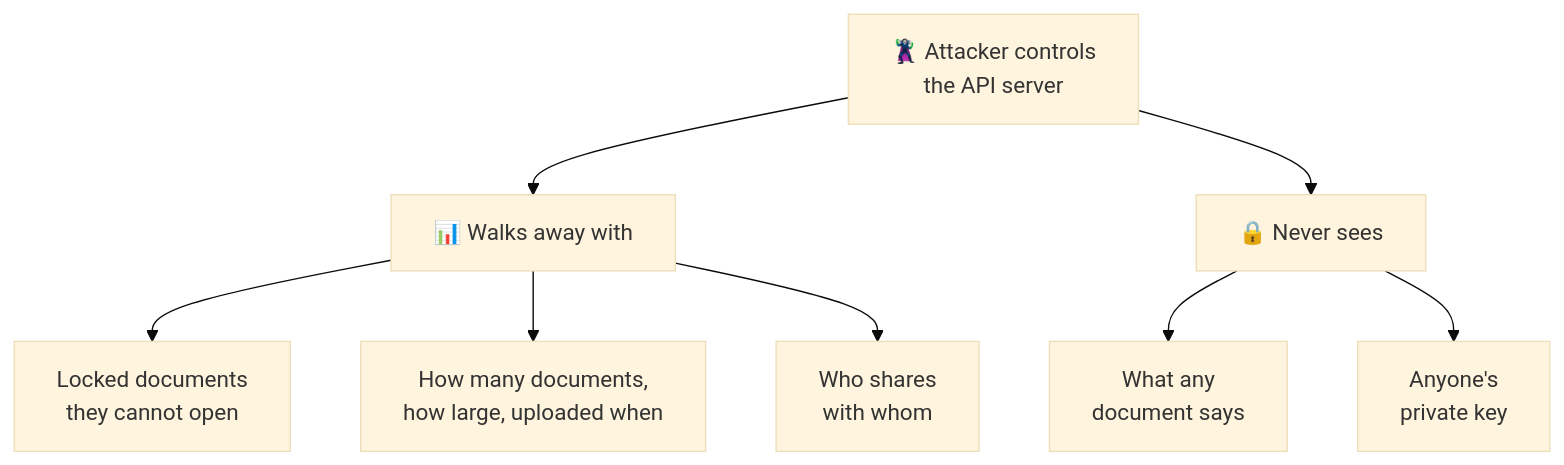
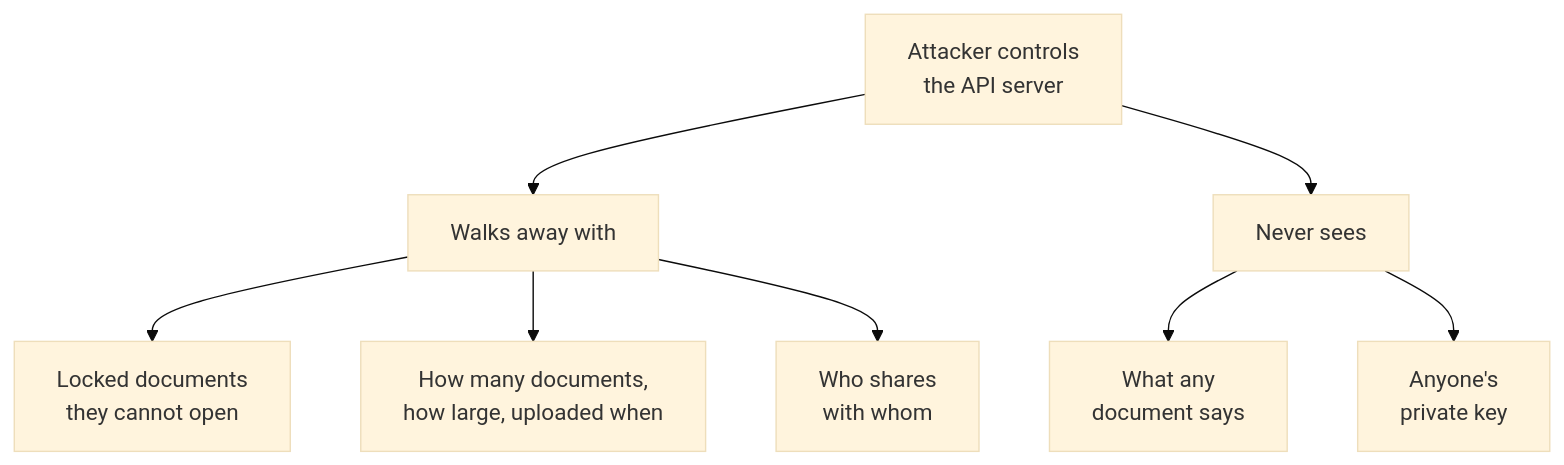
Before and after one commit to kigster/kigre-astro: diagram 11 of 16 in src/content/blog/2026-11-12--sharing-encrypted-documents-without-trusting-your-server.md, drawn with Mermaid (base theme). The commit also changed other lines of this file and 4 other files, not shown here.

````diff
--- a/src/content/blog/2026-11-12--sharing-encrypted-documents-without-trusting-your-server.md
+++ b/src/content/blog/2026-11-12--sharing-encrypted-documents-without-trusting-your-server.md
@@ -400,18 +456,18 @@
 ```mermaid
 flowchart TD
-    ATK["🦹 Attacker controls<br/>the API server"]
-    GET["📊 Walks away with"]
-    NOT["🔒 Never sees"]
+    ATK["Attacker controls<br/>the API server"]
+    GET["Walks away with"]
+    NOT["Never sees"]
     G1["Locked documents<br/>they cannot open"]
     G2["How many documents,<br/>how large, uploaded when"]
     G3["Who shares<br/>with whom"]
     N1["What any<br/>document says"]
     N2["Anyone's<br/>private key"]
     ATK --> GET
     ATK --> NOT
     GET --> G1
     GET --> G2
     GET --> G3
     NOT --> N1
     NOT --> N2
 ```
````
